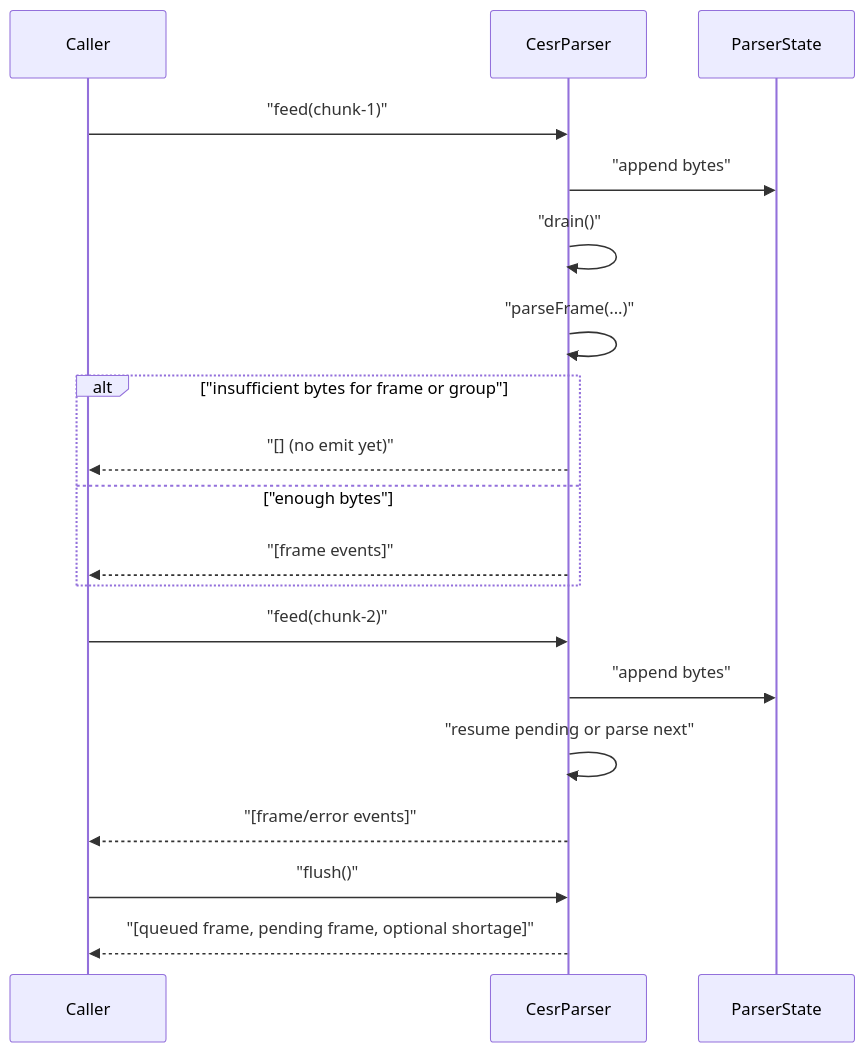
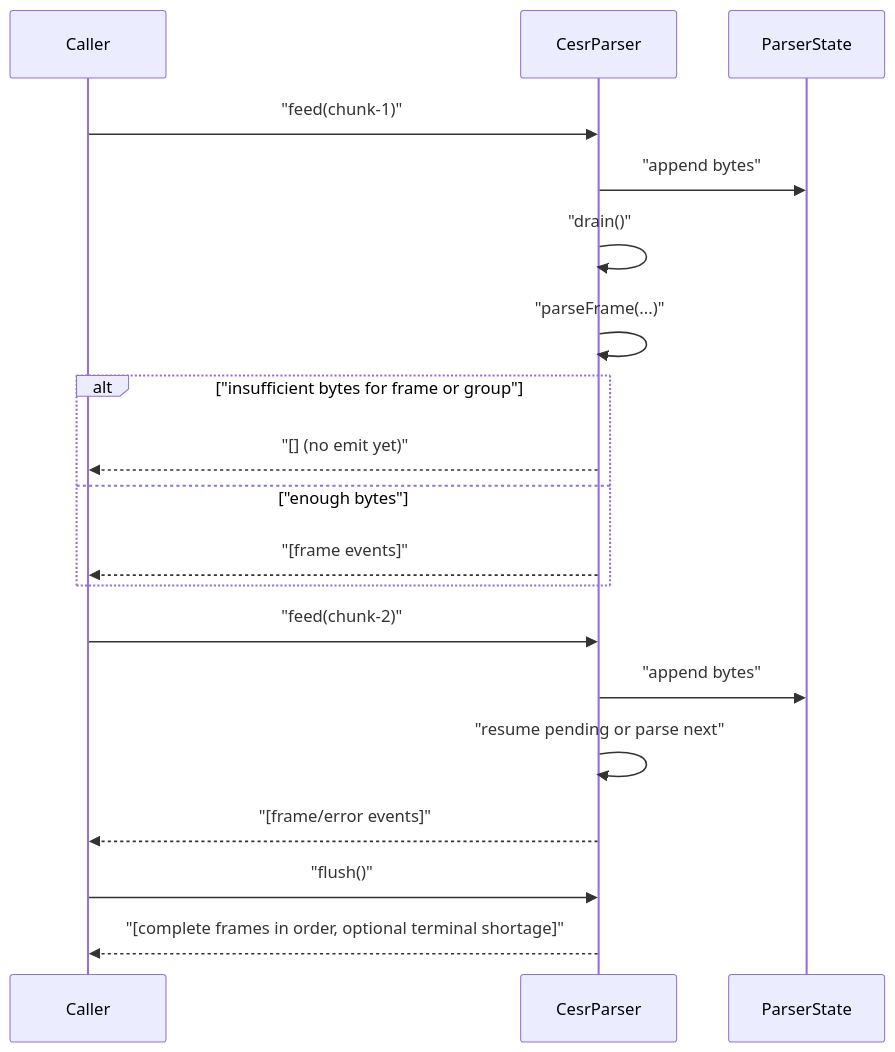
The sixth of 7 diagrams in docs/design-docs/cesr/CESR_ATOMIC_BOUNDED_PARSER_ARCHITECTURE.md (kentbull/keri-ts), drawn with Mermaid before and after one commit. The commit also changed other lines of this file and 28 other files, not shown here.

````diff
--- a/docs/design-docs/cesr/CESR_ATOMIC_BOUNDED_PARSER_ARCHITECTURE.md
+++ b/docs/design-docs/cesr/CESR_ATOMIC_BOUNDED_PARSER_ARCHITECTURE.md
@@ -137,24 +129,24 @@
 ```mermaid
 sequenceDiagram
     participant C as Caller
     participant P as CesrParser
     participant S as ParserState
 
     C->>P: "feed(chunk-1)"
     P->>S: "append bytes"
     P->>P: "drain()"
     P->>P: "parseFrame(...)"
     alt "insufficient bytes for frame or group"
         P-->>C: "[] (no emit yet)"
     else "enough bytes"
         P-->>C: "[frame events]"
     end
 
     C->>P: "feed(chunk-2)"
     P->>S: "append bytes"
     P->>P: "resume pending or parse next"
     P-->>C: "[frame/error events]"
 
     C->>P: "flush()"
-    P-->>C: "[queued frame, pending frame, optional shortage]"
+    P-->>C: "[complete frames in order, optional terminal shortage]"
 ```
````
